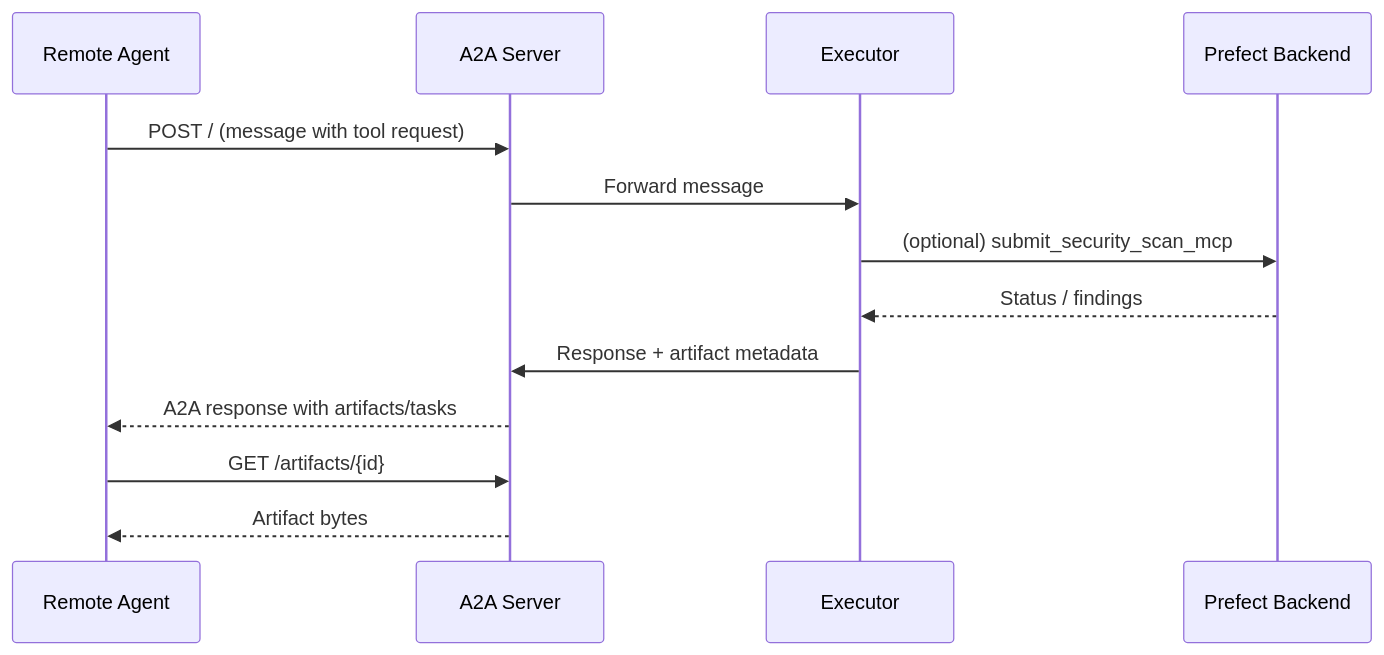
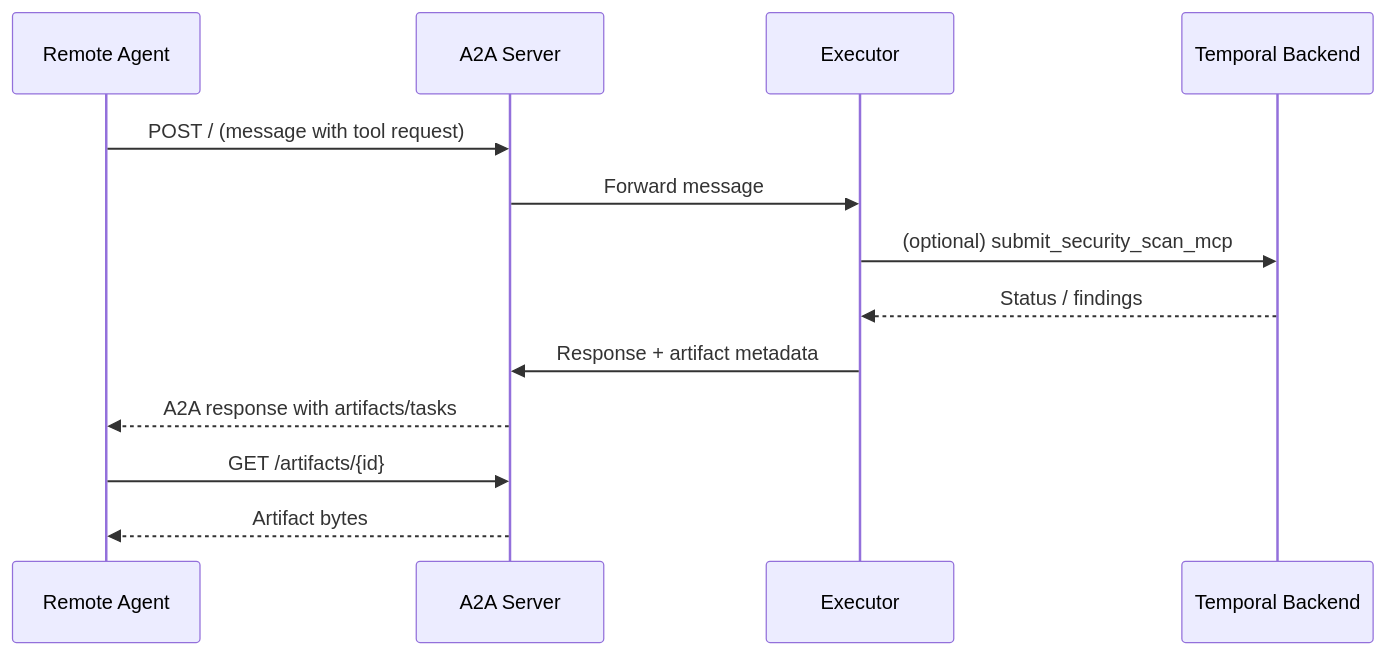
Before and after one commit to FuzzingLabs/fuzzforge_ai: the second of 2 diagrams in docs/docs/ai/a2a-services.md, drawn with Mermaid. The commit also changed other lines of this file and 26 other files, not shown here.

````diff
--- a/docs/docs/ai/a2a-services.md
+++ b/docs/docs/ai/a2a-services.md
@@ -127,16 +127,16 @@
 ```mermaid
 sequenceDiagram
     participant Remote as Remote Agent
     participant HTTP as A2A Server
     participant Exec as Executor
-    participant Workflow as Prefect Backend
+    participant Workflow as Temporal Backend
 
     Remote->>HTTP: POST / (message with tool request)
     HTTP->>Exec: Forward message
     Exec->>Workflow: (optional) submit_security_scan_mcp
     Workflow-->>Exec: Status / findings
     Exec->>HTTP: Response + artifact metadata
     HTTP-->>Remote: A2A response with artifacts/tasks
     Remote->>HTTP: GET /artifacts/{id}
     HTTP-->>Remote: Artifact bytes
 ```
````
